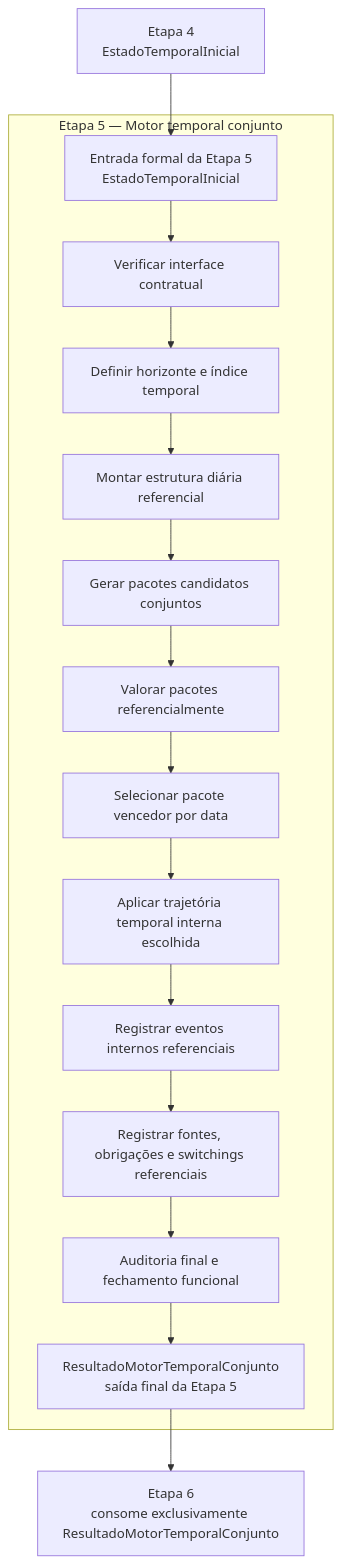
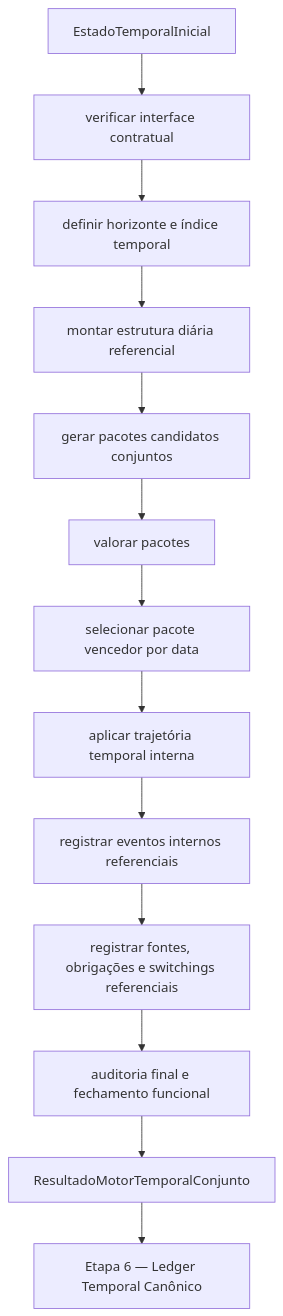
Before and after one commit to WevertonGomesCosta/payment-investment-allocation: the diagram in relatorios/principais/contratos_individuais/CONTRATO_ETAPA5_MOTOR_TEMPORAL_CONJUNTO.md, drawn with Mermaid. The commit also changed other lines of this file and 5 other files, not shown here.

````diff
--- a/relatorios/principais/contratos_individuais/CONTRATO_ETAPA5_MOTOR_TEMPORAL_CONJUNTO.md
+++ b/relatorios/principais/contratos_individuais/CONTRATO_ETAPA5_MOTOR_TEMPORAL_CONJUNTO.md
@@ -402,20 +175,15 @@
 ```mermaid
 flowchart TD
-    E4[Etapa 4<br/>EstadoTemporalInicial] --> E5IN[Entrada formal da Etapa 5<br/>EstadoTemporalInicial]
-
-    subgraph E5[Etapa 5 — Motor temporal conjunto]
-        E5IN --> A[Verificar interface contratual]
-        A --> B[Definir horizonte e índice temporal]
-        B --> C[Montar estrutura diária referencial]
-        C --> D[Gerar pacotes candidatos conjuntos]
-        D --> E[Valorar pacotes referencialmente]
-        E --> F[Selecionar pacote vencedor por data]
-        F --> G[Aplicar trajetória temporal interna escolhida]
-        G --> H[Registrar eventos internos referenciais]
-        H --> I[Registrar fontes, obrigações e switchings referenciais]
-        I --> J[Auditoria final e fechamento funcional]
-        J --> R[ResultadoMotorTemporalConjunto<br/>saída final da Etapa 5]
-    end
-
-    R --> E6[Etapa 6<br/>consome exclusivamente ResultadoMotorTemporalConjunto]
+    A[EstadoTemporalInicial] --> B[verificar interface contratual]
+    B --> C[definir horizonte e índice temporal]
+    C --> D[montar estrutura diária referencial]
+    D --> E[gerar pacotes candidatos conjuntos]
+    E --> F[valorar pacotes]
+    F --> G[selecionar pacote vencedor por data]
+    G --> H[aplicar trajetória temporal interna]
+    H --> I[registrar eventos internos referenciais]
+    I --> J[registrar fontes, obrigações e switchings referenciais]
+    J --> K[auditoria final e fechamento funcional]
+    K --> L[ResultadoMotorTemporalConjunto]
+    L --> M[Etapa 6 — Ledger Temporal Canônico]
 ```
````
